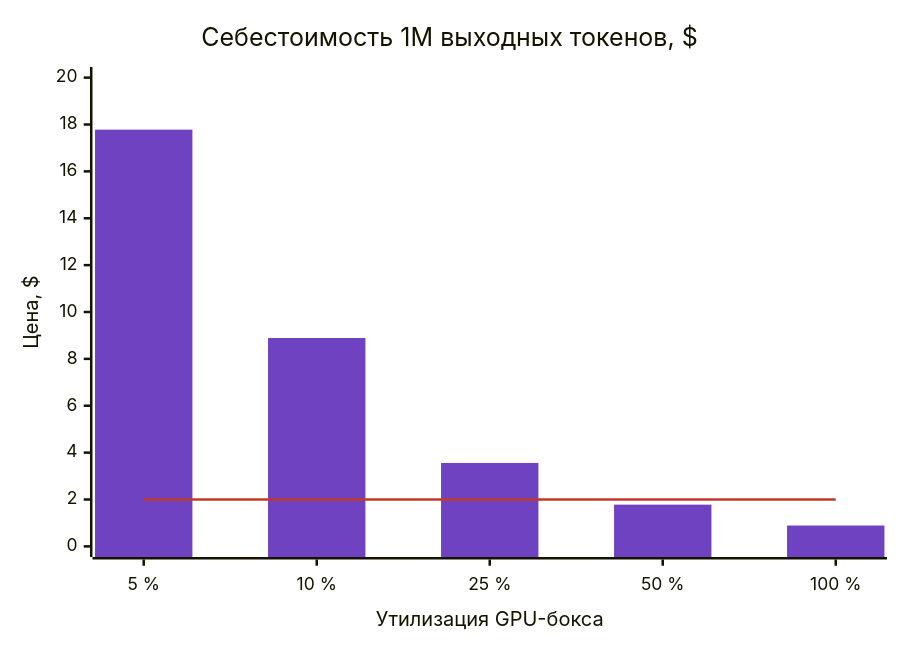
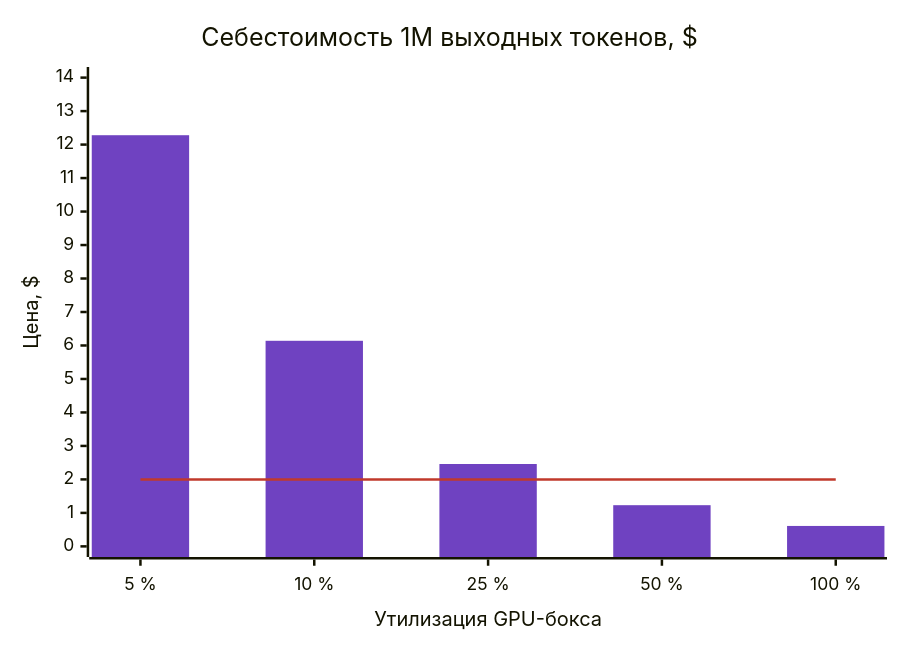
Diagram 15 of 15 in final-project/docs/presentation.md (ZubikIT/ai-architect), drawn with Mermaid before and after one commit. The commit also changed other lines of this file and 13 other files, not shown here.

````diff
--- a/final-project/docs/presentation.md
+++ b/final-project/docs/presentation.md
@@ -786,9 +786,9 @@
 ```mermaid
 %%{init: {"themeVariables": {"xyChart": {"plotColorPalette": "#6f42c1, #c0392b"}}}}%%
 xychart-beta
     title "Себестоимость 1M выходных токенов, $"
     x-axis "Утилизация GPU-бокса" ["5 %", "10 %", "25 %", "50 %", "100 %"]
-    y-axis "Цена, $" 0 --> 20
-    bar [17.78, 8.89, 3.56, 1.78, 0.89]
+    y-axis "Цена, $" 0 --> 14
+    bar [12.28, 6.14, 2.46, 1.23, 0.61]
     line [2, 2, 2, 2, 2]
 ```
````
